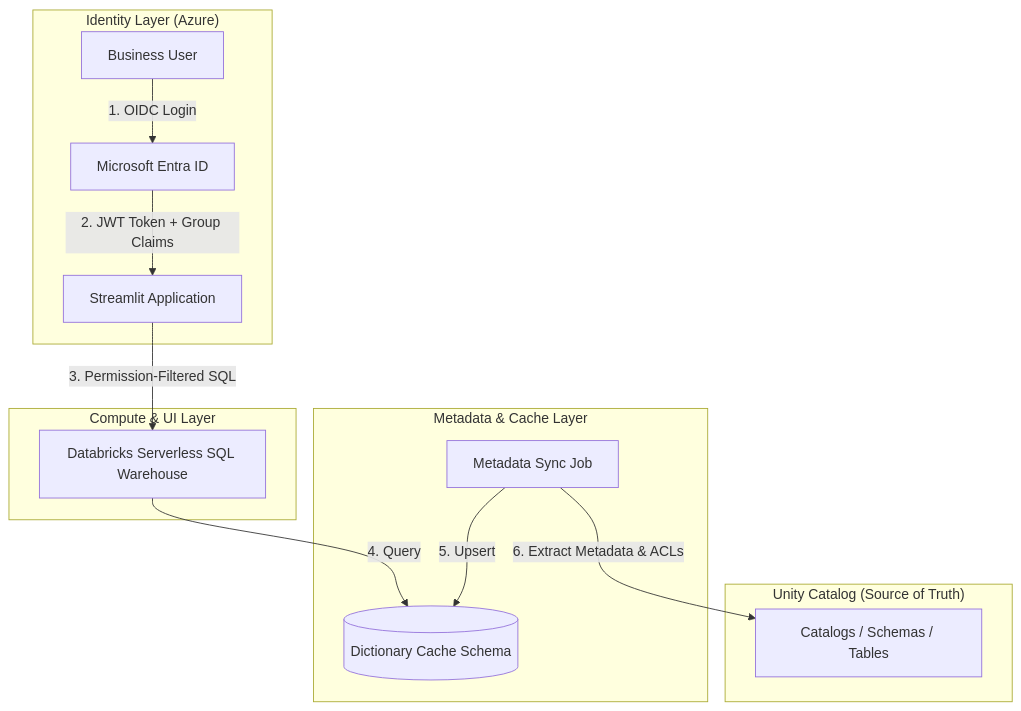
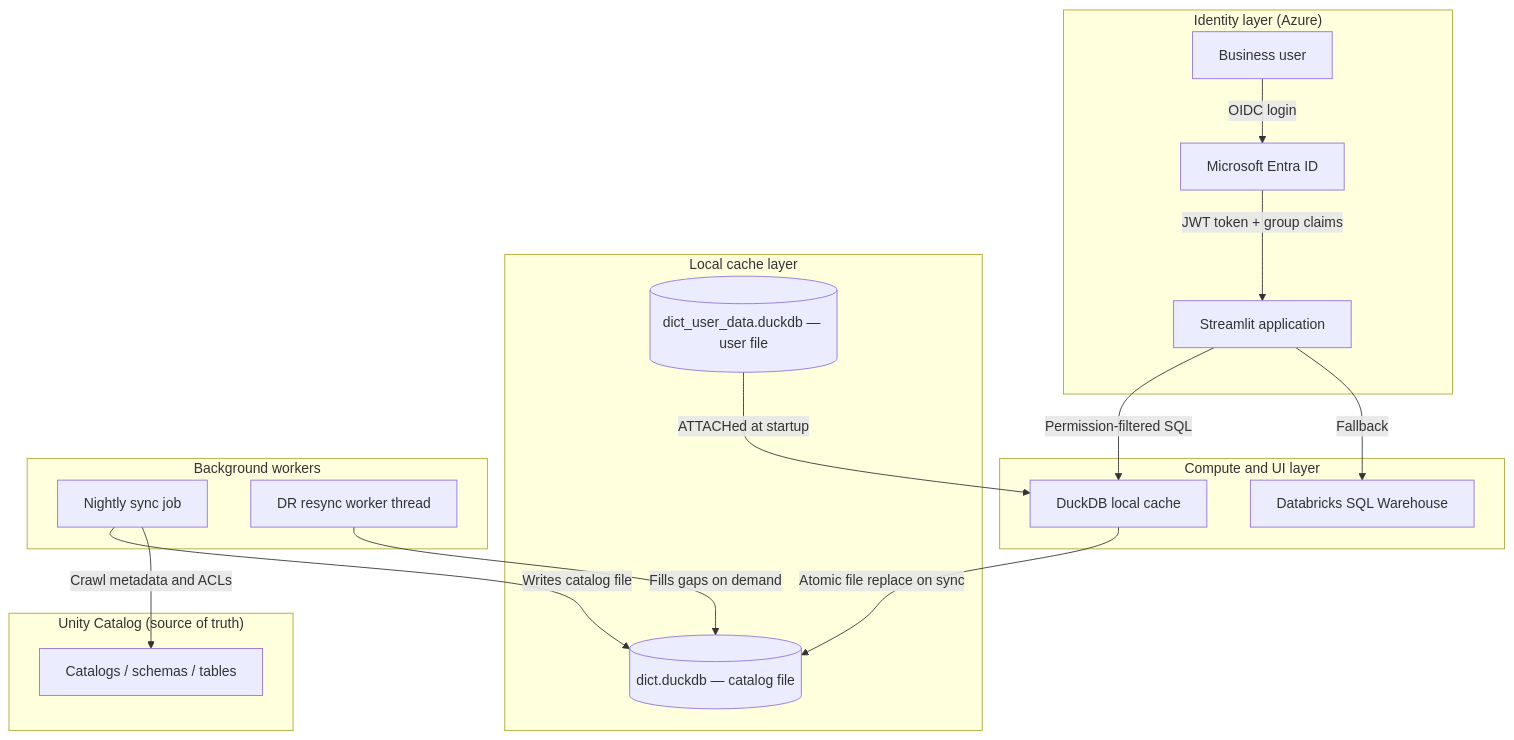
The diagram in ARCHITECTURE.md (Teakayah/datadictionnary), drawn with Mermaid before and after one commit. The commit also changed other lines of this file, not shown here.

First line of the commit message:
docs: rewrite ARCHITECTURE.md — remove emoji, add DuckDB cache and i18n sections

````diff
--- a/ARCHITECTURE.md
+++ b/ARCHITECTURE.md
@@ -14,20 +11,26 @@
 ```mermaid
 graph TD
-    subgraph "Identity Layer (Azure)"
-        A[Business User] -->|1. OIDC Login| B[Microsoft Entra ID]
-        B -->|2. JWT Token + Group Claims| C[Streamlit Application]
+    subgraph "Identity layer (Azure)"
+        A[Business user] -->|OIDC login| B[Microsoft Entra ID]
+        B -->|JWT token + group claims| C[Streamlit application]
     end
 
-    subgraph "Compute & UI Layer"
-        C -->|3. Permission-Filtered SQL| D[Databricks Serverless SQL Warehouse]
+    subgraph "Compute and UI layer"
+        C -->|Permission-filtered SQL| D[DuckDB local cache]
+        C -->|Fallback| E[Databricks SQL Warehouse]
     end
 
-    subgraph "Metadata & Cache Layer"
-        D -->|4. Query| E[(Dictionary Cache Schema)]
-        F[Metadata Sync Job] -->|5. Upsert| E
+    subgraph "Local cache layer"
+        D -->|Atomic file replace on sync| F[(dict.duckdb — catalog file)]
+        G[(dict_user_data.duckdb — user file)] -->|ATTACHed at startup| D
     end
 
-    subgraph "Unity Catalog (Source of Truth)"
-        F -->|6. Extract Metadata & ACLs| G[Catalogs / Schemas / Tables]
+    subgraph "Background workers"
+        H[Nightly sync job] -->|Writes catalog file| F
+        I[DR resync worker thread] -->|Fills gaps on demand| F
+    end
+
+    subgraph "Unity Catalog (source of truth)"
+        H -->|Crawl metadata and ACLs| J[Catalogs / schemas / tables]
     end
 ```
````
